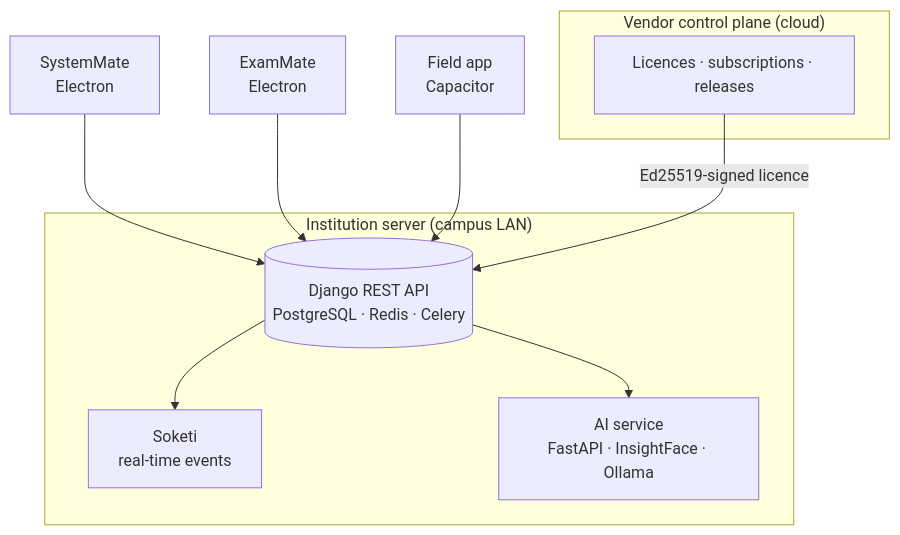
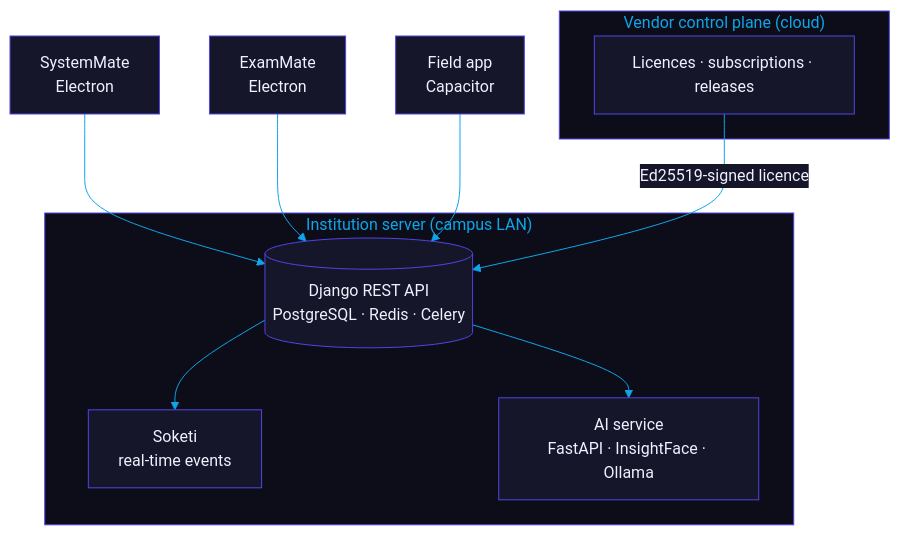
Before and after one commit to flowser/aemms-showcase: the diagram in README.md, drawn with Mermaid. The commit also changed other lines of this file and 3 other files, not shown here.

Commit message:
Apply Savvytex Pro theme: hero banner, dividers, palette diagram

````diff
--- a/README.md
+++ b/README.md
@@ -64,17 +67,18 @@
 ```mermaid
+%%{init: {'theme':'base','themeVariables':{'primaryColor':'#16162a','primaryTextColor':'#f0f0ff','primaryBorderColor':'#4f46e5','lineColor':'#0ea5e9','secondaryColor':'#0d0d1a','tertiaryColor':'#12121f','clusterBkg':'#0d0d1a','clusterBorder':'#4f46e5','titleColor':'#0ea5e9','edgeLabelBackground':'#16162a'}}}%%
 flowchart TB
   subgraph vendor["Vendor control plane (cloud)"]
     V["Licences · subscriptions · releases"]
   end
   subgraph campus["Institution server (campus LAN)"]
     API[("Django REST API<br/>PostgreSQL · Redis · Celery")]
     RT["Soketi<br/>real-time events"]
     AI["AI service<br/>FastAPI · InsightFace · Ollama"]
   end
   SM["SystemMate<br/>Electron"] --> API
   EM["ExamMate<br/>Electron"] --> API
   PF["Field app<br/>Capacitor"] --> API
   API --> RT
   API --> AI
   V -->|Ed25519-signed licence| API
 ```
````
